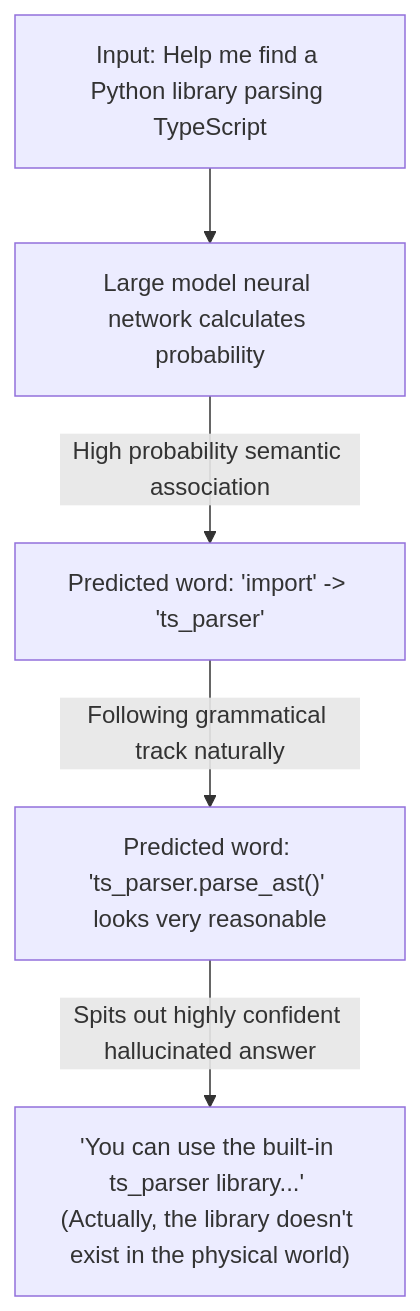
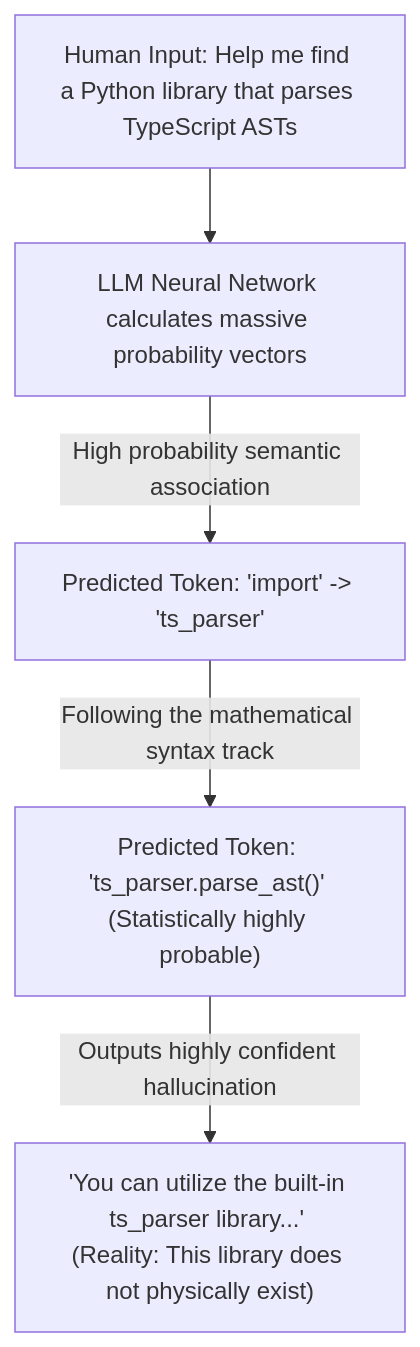
Before and after one commit to ruanqizhen/cocode: the first of 2 diagrams in i18n/en/docusaurus-plugin-content-docs/current/hallucination.md, drawn with Mermaid. The commit also changed other lines of this file and 41 other files, not shown here.

````diff
--- a/i18n/en/docusaurus-plugin-content-docs/current/hallucination.md
+++ b/i18n/en/docusaurus-plugin-content-docs/current/hallucination.md
@@ -88,8 +84,7 @@
 ```mermaid
 flowchart TD
-    A["Input: Help me find a Python library parsing TypeScript"] --> B["Large model neural network calculates probability"]
-    B -->|High probability semantic association| C["Predicted word: 'import' -> 'ts_parser'"]
-    C -->|Following grammatical track naturally| D["Predicted word: 'ts_parser.parse_ast()' looks very reasonable"]
-    D -->|Spits out highly confident hallucinated answer| E["'You can use the built-in ts_parser library...' (Actually, the library doesn't exist in the physical world)"]
-
+    A["Human Input: Help me find a Python library that parses TypeScript ASTs"] --> B["LLM Neural Network calculates massive probability vectors"]
+    B -->|High probability semantic association| C["Predicted Token: 'import' -> 'ts_parser'"]
+    C -->|Following the mathematical syntax track| D["Predicted Token: 'ts_parser.parse_ast()' (Statistically highly probable)"]
+    D -->|Outputs highly confident hallucination| E["'You can utilize the built-in ts_parser library...' <br>(Reality: This library does not physically exist)"]
 ```
````
